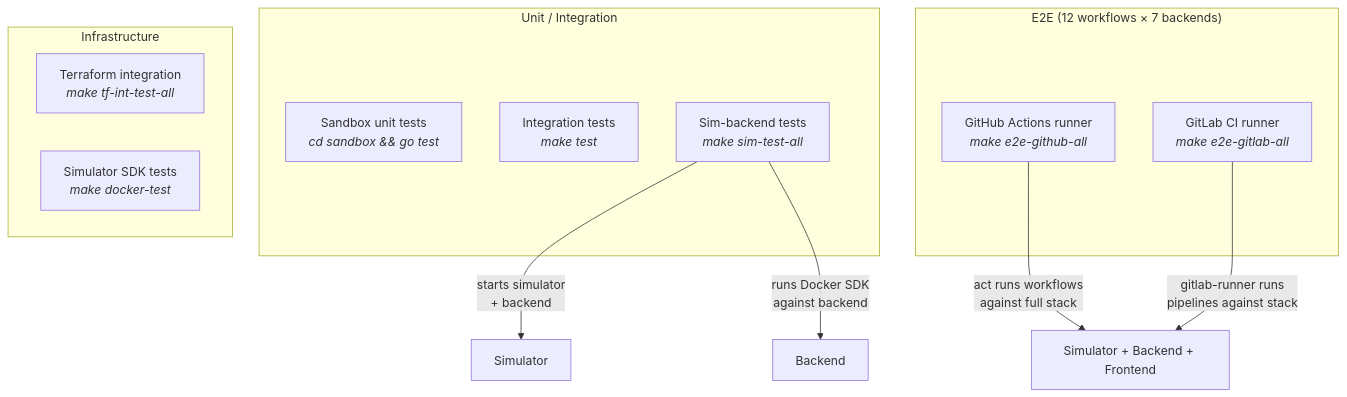
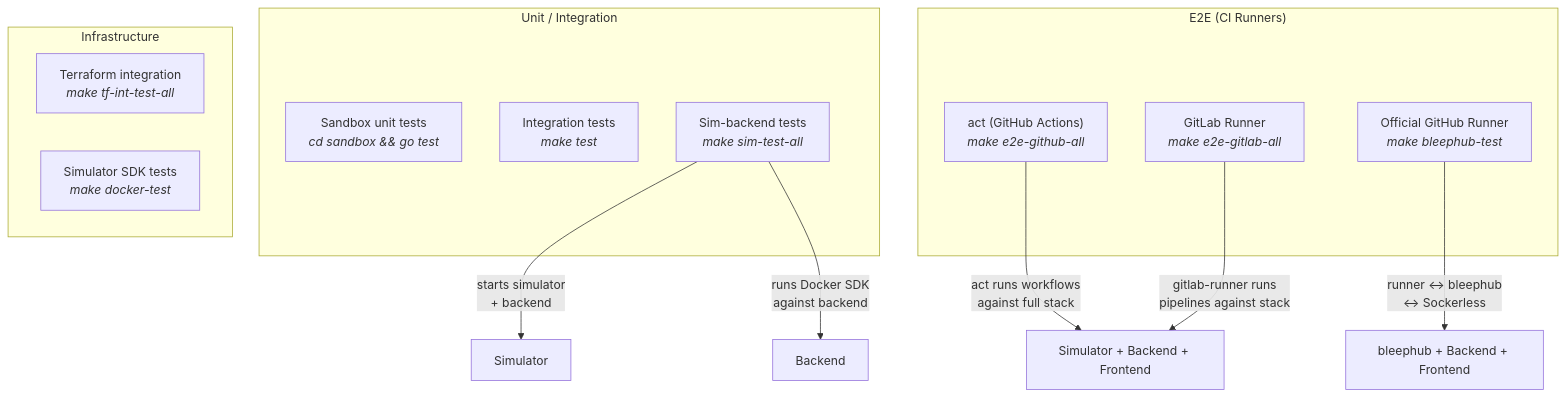
One commit to e6qu/sockerless changed diagram 13 of 13 in ARCHITECTURE.md. Above: the diagram before and after it, drawn with Mermaid. The commit also changed other lines of this file and 31 other files, not shown here.

````diff
--- a/ARCHITECTURE.md
+++ b/ARCHITECTURE.md
@@ -350,23 +511,25 @@
 ```mermaid
 graph TB
     subgraph "Unit / Integration"
         UT["Sandbox unit tests<br/><i>cd sandbox && go test</i>"]
         IT["Integration tests<br/><i>make test</i>"]
         ST["Sim-backend tests<br/><i>make sim-test-all</i>"]
     end
 
-    subgraph "E2E (12 workflows × 7 backends)"
-        GH["GitHub Actions runner<br/><i>make e2e-github-all</i>"]
-        GL["GitLab CI runner<br/><i>make e2e-gitlab-all</i>"]
+    subgraph "E2E (CI Runners)"
+        GH["act (GitHub Actions)<br/><i>make e2e-github-all</i>"]
+        GL["GitLab Runner<br/><i>make e2e-gitlab-all</i>"]
+        BPH["Official GitHub Runner<br/><i>make bleephub-test</i>"]
     end
 
     subgraph "Infrastructure"
         TF["Terraform integration<br/><i>make tf-int-test-all</i>"]
         SDK3["Simulator SDK tests<br/><i>make docker-test</i>"]
     end
 
     ST -->|"starts simulator<br/>+ backend"| SIM3["Simulator"]
     ST -->|"runs Docker SDK<br/>against backend"| BE3["Backend"]
     GH -->|"act runs workflows<br/>against full stack"| STACK["Simulator + Backend + Frontend"]
     GL -->|"gitlab-runner runs<br/>pipelines against stack"| STACK
+    BPH -->|"runner ↔ bleephub<br/>↔ Sockerless"| BSTACK["bleephub + Backend + Frontend"]
 ```
````
